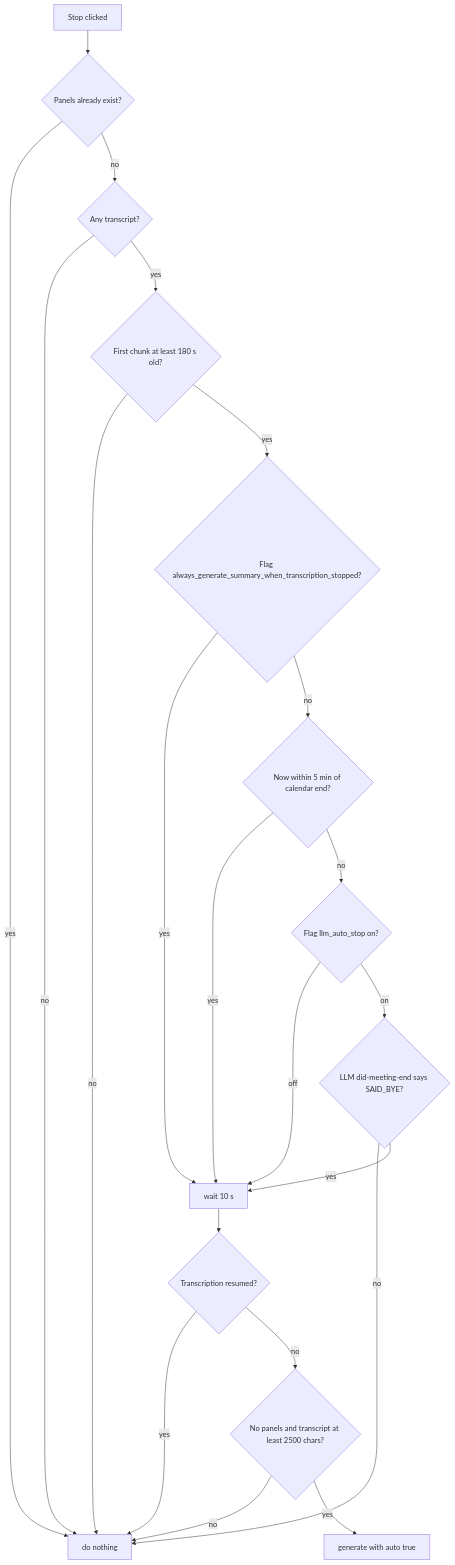
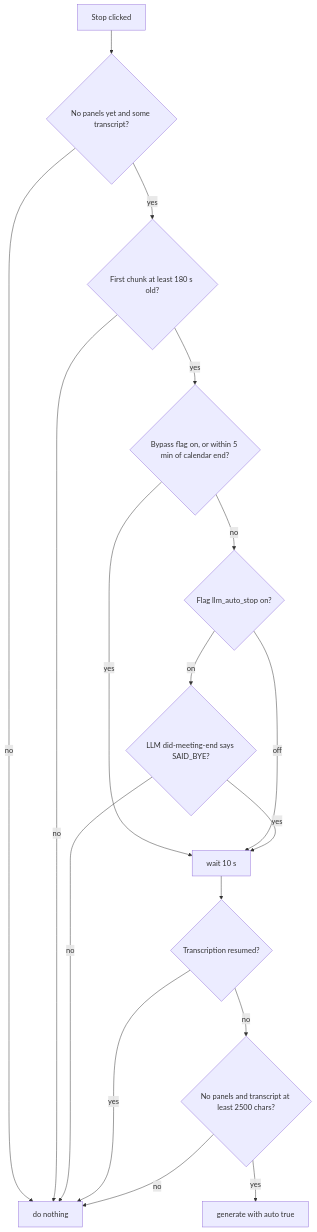
The second of 3 diagrams in docs/03-ai-enhancement.md (chaharnishant11/notewell), drawn with Mermaid before and after one commit. The commit also changed other lines of this file, not shown here.

````diff
--- a/docs/03-ai-enhancement.md
+++ b/docs/03-ai-enhancement.md
@@ -131,23 +121,19 @@
 ```mermaid
 flowchart TD
-    A[Stop clicked] --> B{Panels already exist?}
-    B -- yes --> X[do nothing]
-    B -- no --> C{Any transcript?}
-    C -- no --> X
-    C -- yes --> D{First chunk at least 180 s old?}
+    A[Stop clicked] --> B{No panels yet and some transcript?}
+    B -- no --> X[do nothing]
+    B -- yes --> D{First chunk at least 180 s old?}
     D -- no --> X
-    D -- yes --> F{Flag always_generate_summary_when_transcription_stopped?}
+    D -- yes --> F{Bypass flag on, or within 5 min of calendar end?}
     F -- yes --> W
-    F -- no --> G{Now within 5 min of calendar end?}
-    G -- yes --> W
-    G -- no --> H{Flag llm_auto_stop on?}
+    F -- no --> H{Flag llm_auto_stop on?}
     H -- off --> W
     H -- on --> I{LLM did-meeting-end says SAID_BYE?}
     I -- no --> X
     I -- yes --> W[wait 10 s]
     W --> J{Transcription resumed?}
     J -- yes --> X
     J -- no --> K{No panels and transcript at least 2500 chars?}
     K -- no --> X
     K -- yes --> Z[generate with auto true]
 ```
````
